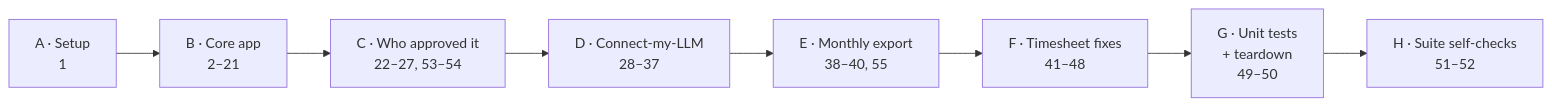
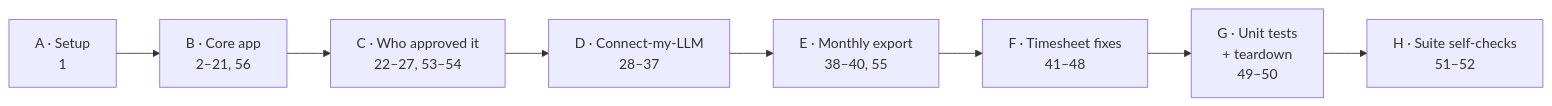
One commit to JoshNorris-Titan/titan-time-e2e changed the third of 3 diagrams in README.md. Above: the diagram before and after it, drawn with Mermaid. The commit also changed other lines of this file and 1 other file, not shown here.

````diff
--- a/README.md
+++ b/README.md
@@ -128,6 +128,6 @@
 ```mermaid
 flowchart LR
-  A["A · Setup<br/>1"] --> B["B · Core app<br/>2–21"] --> C["C · Who approved it<br/>22–27, 53–54"] --> D["D · Connect-my-LLM<br/>28–37"]
+  A["A · Setup<br/>1"] --> B["B · Core app<br/>2–21, 56"] --> C["C · Who approved it<br/>22–27, 53–54"] --> D["D · Connect-my-LLM<br/>28–37"]
   D --> E["E · Monthly export<br/>38–40, 55"] --> F["F · Timesheet fixes<br/>41–48"] --> G["G · Unit tests<br/>+ teardown<br/>49–50"]
   G --> H["H · Suite self-checks<br/>51–52"]
 ```
````
